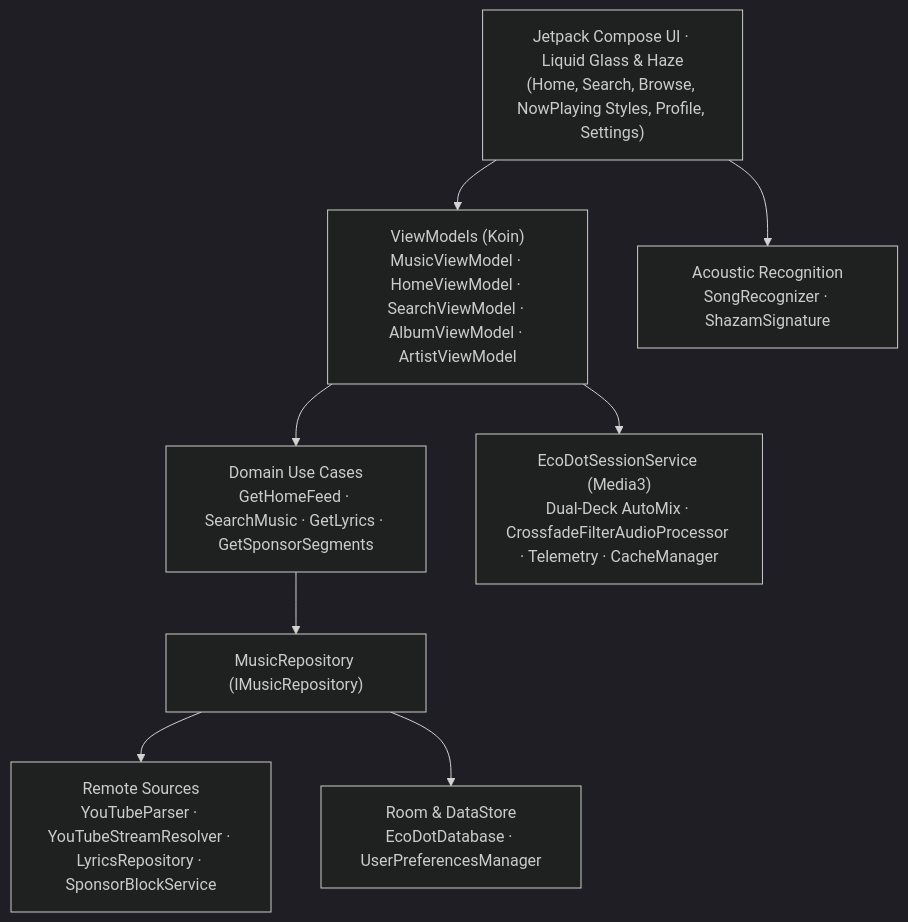
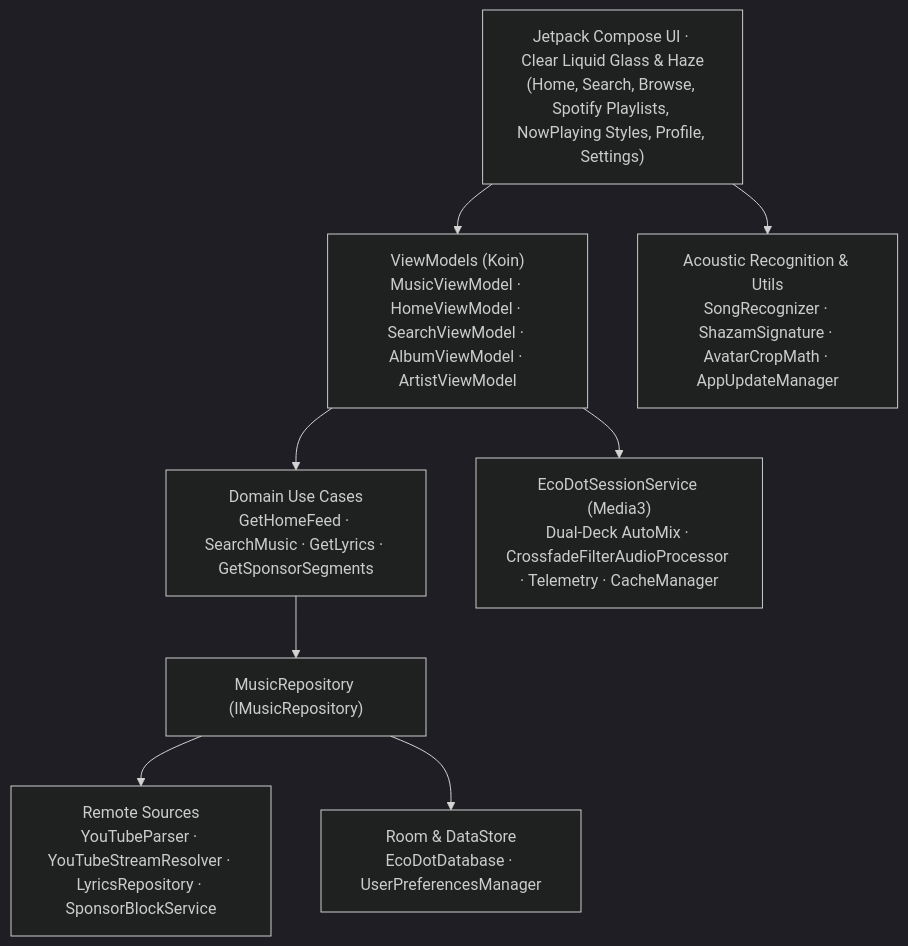
One commit to Debug01-dEoW/EcoDot-MusicApp changed the diagram in README.md. Above: the diagram before and after it, drawn with Mermaid (dark theme). The commit also changed other lines of this file and 24 other files, not shown here.

First line of the commit message:
feat(1.27v): Spotify playlists, full track options, clear Liquid Glass, avatar cropper, upgraded Update screen & Home attribution

````diff
--- a/README.md
+++ b/README.md
@@ -58,10 +59,10 @@
 ```mermaid
 graph TB
-    UI["Jetpack Compose UI · Liquid Glass & Haze<br/>(Home, Search, Browse, NowPlaying Styles, Profile, Settings)"] --> VM["ViewModels (Koin)<br/>MusicViewModel · HomeViewModel · SearchViewModel · AlbumViewModel · ArtistViewModel"]
+    UI["Jetpack Compose UI · Clear Liquid Glass & Haze<br/>(Home, Search, Browse, Spotify Playlists, NowPlaying Styles, Profile, Settings)"] --> VM["ViewModels (Koin)<br/>MusicViewModel · HomeViewModel · SearchViewModel · AlbumViewModel · ArtistViewModel"]
     VM --> UC["Domain Use Cases<br/>GetHomeFeed · SearchMusic · GetLyrics · GetSponsorSegments"]
     UC --> REPO["MusicRepository (IMusicRepository)"]
     REPO --> REMOTE["Remote Sources<br/>YouTubeParser · YouTubeStreamResolver · LyricsRepository · SponsorBlockService"]
     REPO --> LOCAL["Room & DataStore<br/>EcoDotDatabase · UserPreferencesManager"]
     VM --> SVC["EcoDotSessionService (Media3)<br/>Dual-Deck AutoMix · CrossfadeFilterAudioProcessor · Telemetry · CacheManager"]
-    UI --> REC["Acoustic Recognition<br/>SongRecognizer · ShazamSignature"]
+    UI --> REC["Acoustic Recognition & Utils<br/>SongRecognizer · ShazamSignature · AvatarCropMath · AppUpdateManager"]
 ```
````
